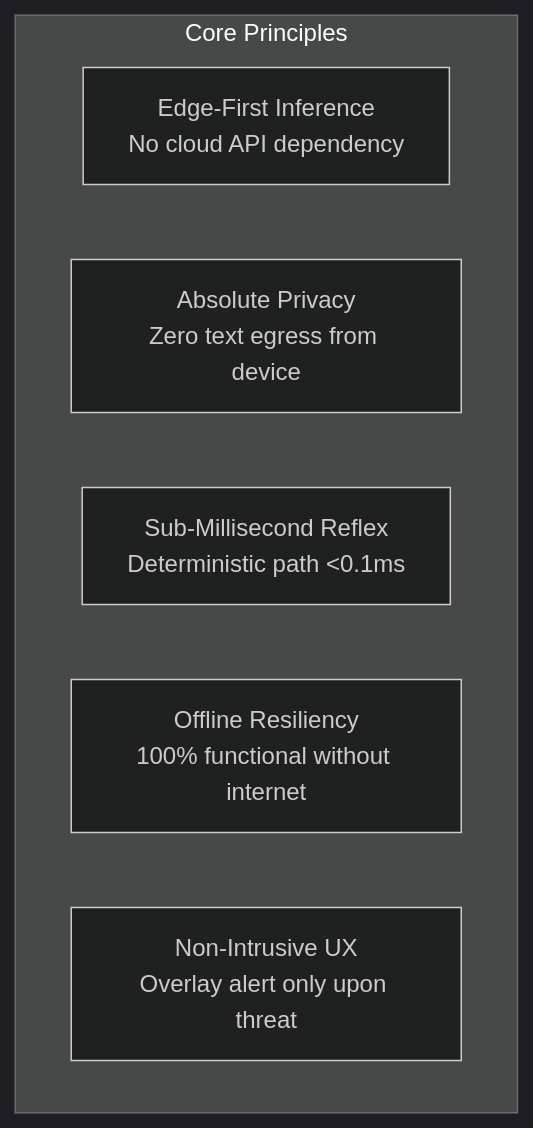
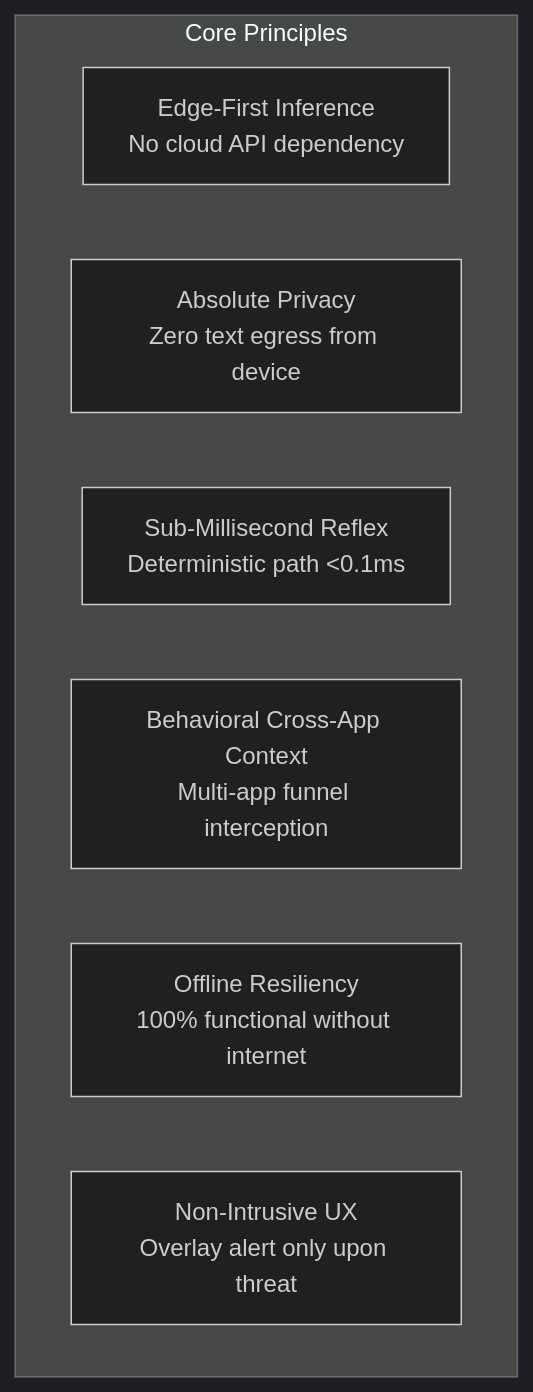
One commit to parv55555/EdgeGuard-AI changed the first of 9 diagrams in TECHNICAL_DESIGN_DOCUMENT.md. Above: the diagram before and after it, drawn with Mermaid (dark theme). The commit also changed other lines of this file and 1 other file, not shown here.

Commit message:
Docs: Add User Behavior Analysis (UBA), cross-app funnel tracking, and architectural diagrams to README and TDD

````diff
--- a/TECHNICAL_DESIGN_DOCUMENT.md
+++ b/TECHNICAL_DESIGN_DOCUMENT.md
@@ -24,10 +29,11 @@
 ```mermaid
 graph TD
     subgraph Core Principles
         A[Edge-First Inference<br/>No cloud API dependency] 
         B[Absolute Privacy<br/>Zero text egress from device]
         C[Sub-Millisecond Reflex<br/>Deterministic path &lt;0.1ms]
-        D[Offline Resiliency<br/>100% functional without internet]
-        E[Non-Intrusive UX<br/>Overlay alert only upon threat]
+        D[Behavioral Cross-App Context<br/>Multi-app funnel interception]
+        E[Offline Resiliency<br/>100% functional without internet]
+        F[Non-Intrusive UX<br/>Overlay alert only upon threat]
     end
 ```
````
